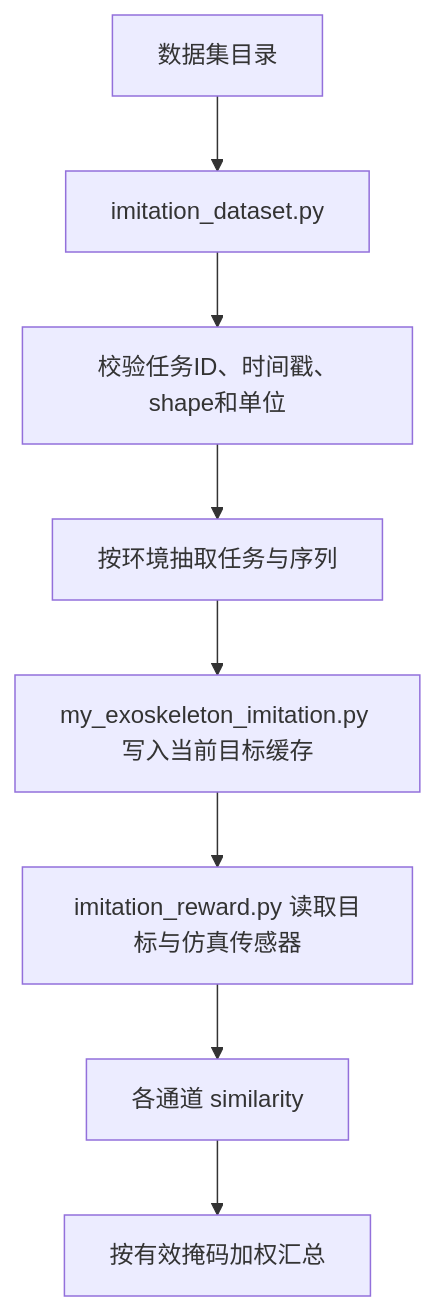
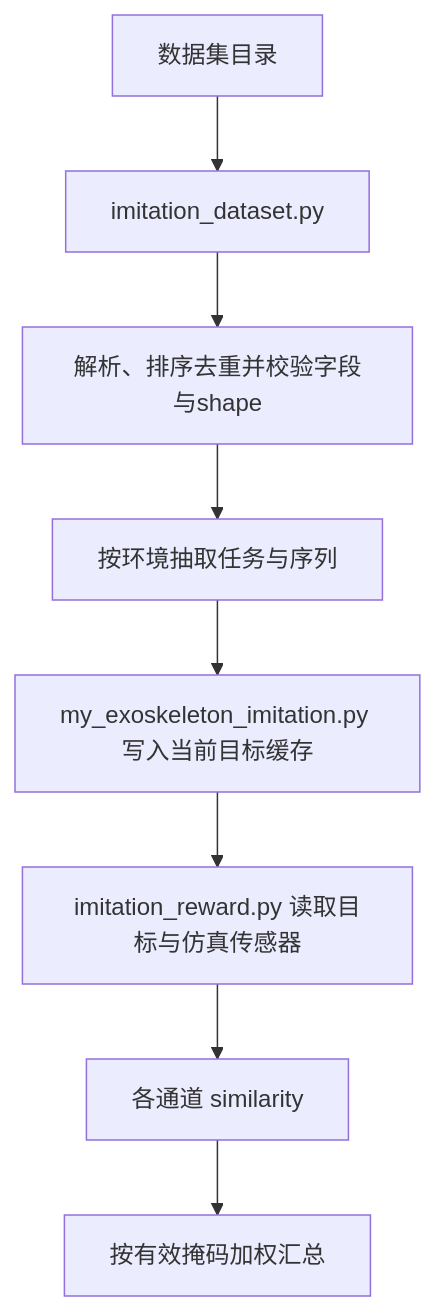
The third of 5 diagrams in IsaacLab-v3.0.0/MY_EXOSKELETON_CODE_GUIDE.zh-CN.md (Paper-blank/IsaacLab_MyRobot), drawn with Mermaid before and after one commit. The commit also changed other lines of this file and 48 other files, not shown here.

````diff
--- a/IsaacLab-v3.0.0/MY_EXOSKELETON_CODE_GUIDE.zh-CN.md
+++ b/IsaacLab-v3.0.0/MY_EXOSKELETON_CODE_GUIDE.zh-CN.md
@@ -281,10 +287,10 @@
 ```mermaid
 flowchart TD
     A[数据集目录] --> B[imitation_dataset.py]
-    B --> C[校验任务ID、时间戳、shape和单位]
+    B --> C[解析、排序去重并校验字段与shape]
     C --> D[按环境抽取任务与序列]
     D --> E[my_exoskeleton_imitation.py 写入当前目标缓存]
     E --> F[imitation_reward.py 读取目标与仿真传感器]
     F --> G[各通道 similarity]
     G --> H[按有效掩码加权汇总]
 ```
````
